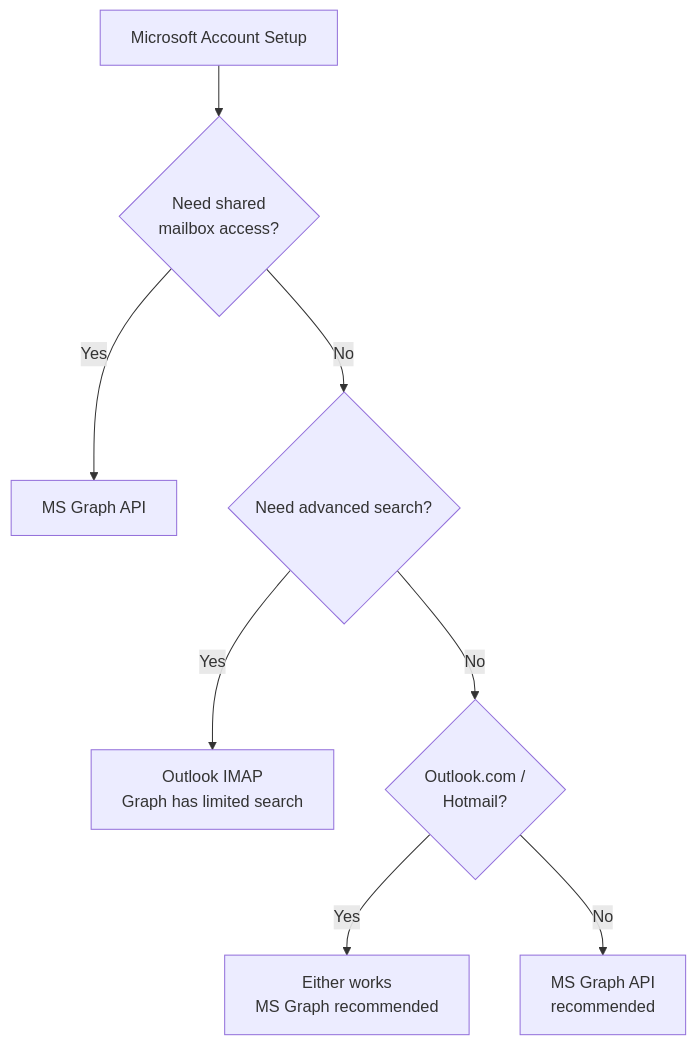
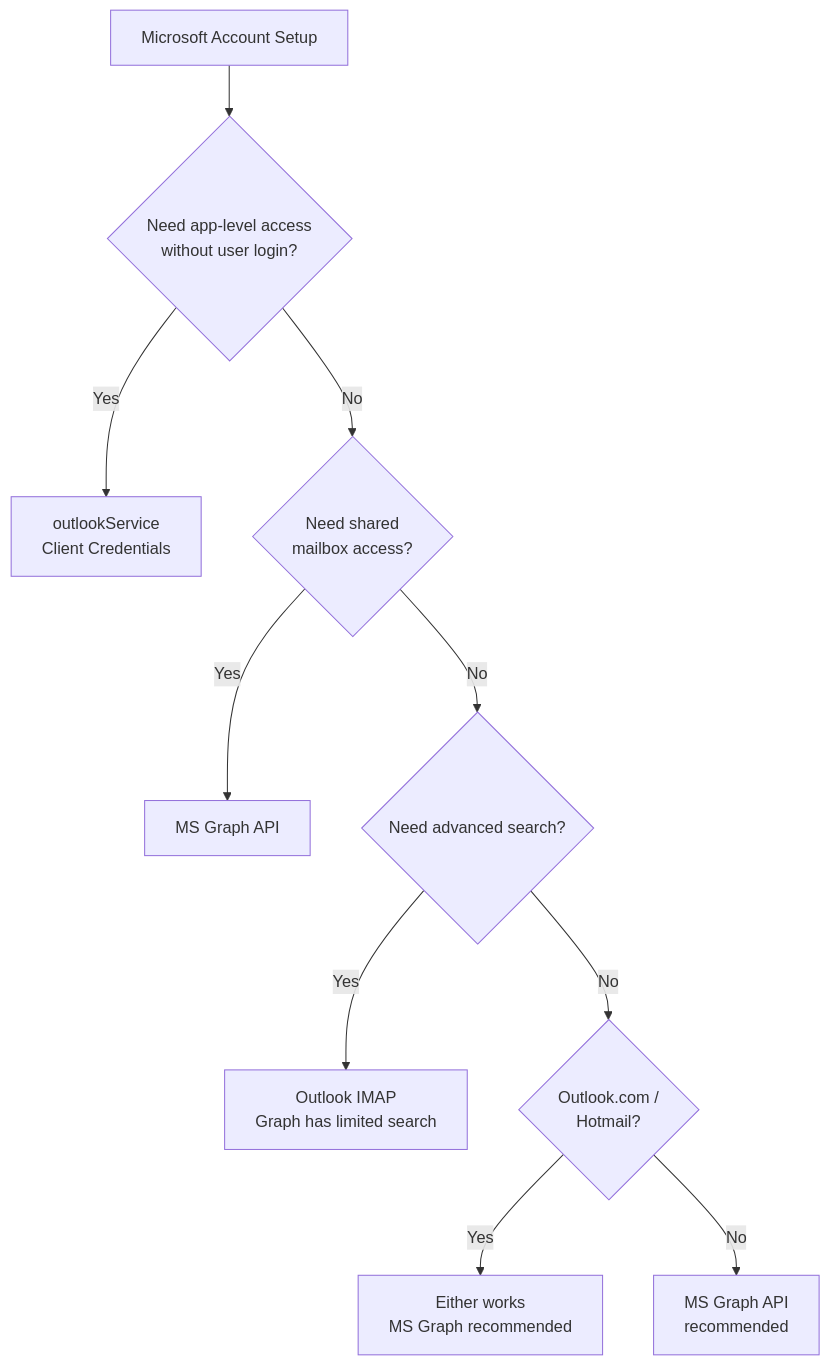
The third of 3 diagrams in docs/reference/llm-context.md (postalsys/learn-emailengine-app), drawn with Mermaid before and after one commit. The commit also changed other lines of this file and 4 other files, not shown here.

First line of the commit message:
docs: add outlookService account type to reference docs and overview pages

````diff
--- a/docs/reference/llm-context.md
+++ b/docs/reference/llm-context.md
@@ -588,10 +589,12 @@
 ```mermaid
 flowchart TD
-    A[Microsoft Account Setup] --> B{Need shared<br/>mailbox access?}
+    A[Microsoft Account Setup] --> AA{Need app-level access<br/>without user login?}
+    AA -->|Yes| AB[outlookService<br/>Client Credentials]
+    AA -->|No| B{Need shared<br/>mailbox access?}
     B -->|Yes| C[MS Graph API]
     B -->|No| D{Need advanced search?}
     D -->|Yes| E[Outlook IMAP<br/>Graph has limited search]
     D -->|No| F{Outlook.com /<br/>Hotmail?}
     F -->|Yes| G[Either works<br/>MS Graph recommended]
     F -->|No| H[MS Graph API<br/>recommended]
 ```
````
